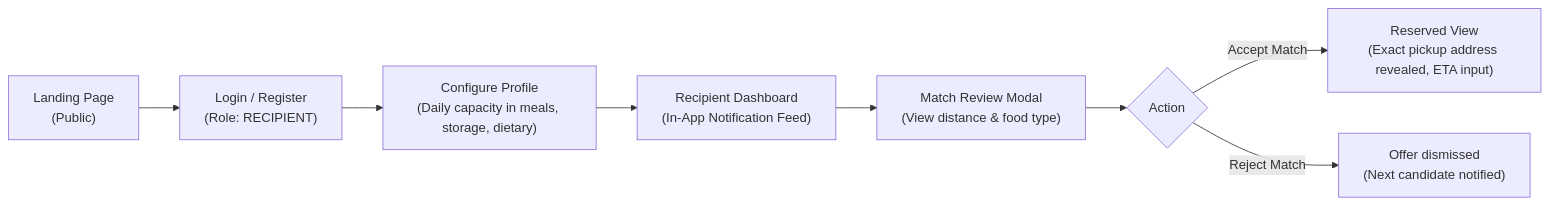
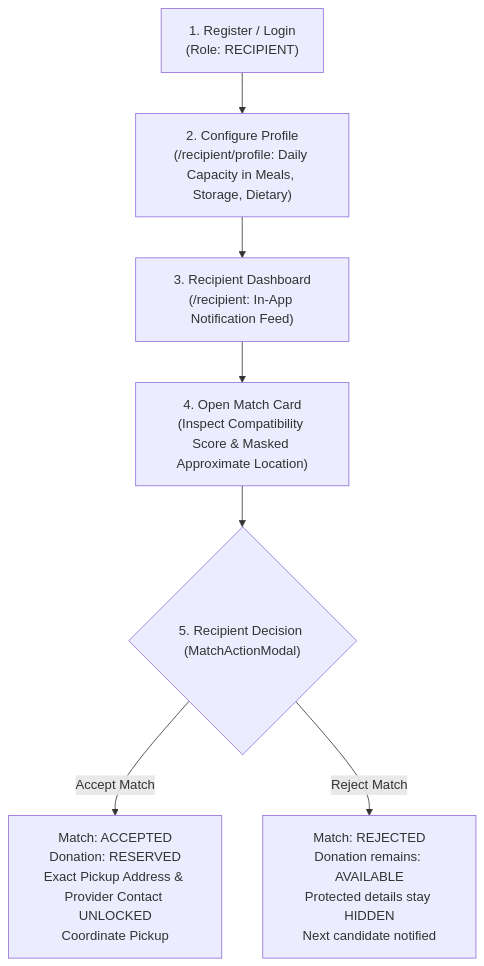
One commit to KShruti772/FoodSync-AI changed the third of 4 diagrams in docs/UI_GUIDELINES.md. Above: the diagram before and after it, drawn with Mermaid. The commit also changed other lines of this file and 52 other files, not shown here.

````diff
--- a/docs/UI_GUIDELINES.md
+++ b/docs/UI_GUIDELINES.md
@@ -143,10 +185,9 @@
 ```mermaid
-flowchart LR
-    A["Landing Page\n(Public)"] --> B["Login / Register\n(Role: RECIPIENT)"]
-    B --> C["Configure Profile\n(Daily capacity in meals, storage, dietary)"]
-    C --> D["Recipient Dashboard\n(In-App Notification Feed)"]
-    D --> E["Match Review Modal\n(View distance & food type)"]
-    E --> F{"Action"}
-    F -- "Accept Match" --> G["Reserved View\n(Exact pickup address revealed, ETA input)"]
-    F -- "Reject Match" --> H["Offer dismissed\n(Next candidate notified)"]
+flowchart TD
+    A["1. Register / Login\n(Role: RECIPIENT)"] --> B["2. Configure Profile\n(/recipient/profile: Daily Capacity in Meals, Storage, Dietary)"]
+    B --> C["3. Recipient Dashboard\n(/recipient: In-App Notification Feed)"]
+    C --> D["4. Open Match Card\n(Inspect Compatibility Score & Masked Approximate Location)"]
+    D --> E{"5. Recipient Decision (MatchActionModal)"}
+    E -- "Accept Match" --> F["Match: ACCEPTED\nDonation: RESERVED\nExact Pickup Address & Provider Contact UNLOCKED\nCoordinate Pickup"]
+    E -- "Reject Match" --> G["Match: REJECTED\nDonation remains: AVAILABLE\nProtected details stay HIDDEN\nNext candidate notified"]
 ```
````
